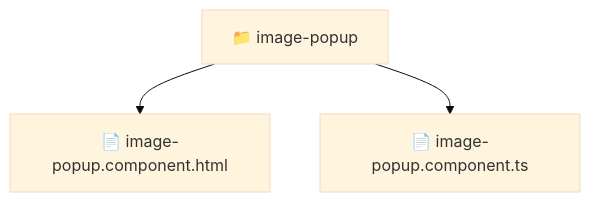
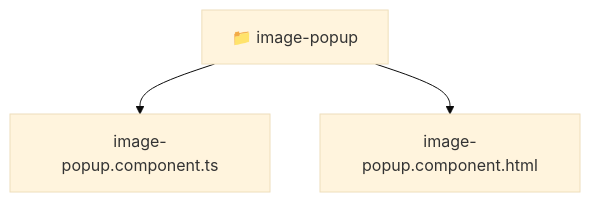
One commit to beginwebdev2002/fullstack-mavluda changed the diagram in frontend/src/shared/ui/image-popup/README.md. Above: the diagram before and after it, drawn with Mermaid (base theme). The commit also changed other lines of this file and 167 other files, not shown here.

````diff
--- a/frontend/src/shared/ui/image-popup/README.md
+++ b/frontend/src/shared/ui/image-popup/README.md
@@ -11,6 +11,8 @@
 ```mermaid
 graph TD
-  Root["📁 image-popup"]
-  Root --> image_popup_component_html["📄 image-popup.component.html"]
-  Root --> image_popup_component_ts["📄 image-popup.component.ts"]
+  Root_image_popup["📁 image-popup"]
+  f_image_popup_component_ts["image-popup.component.ts"]
+  Root_image_popup --> f_image_popup_component_ts
+  f_image_popup_component_html["image-popup.component.html"]
+  Root_image_popup --> f_image_popup_component_html
 ```
````
